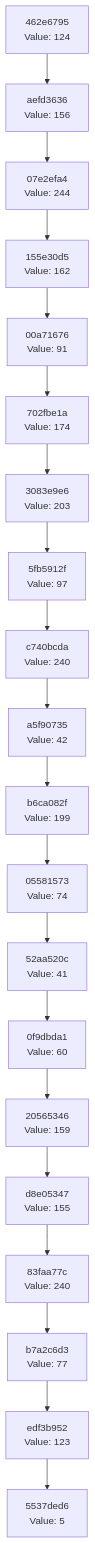
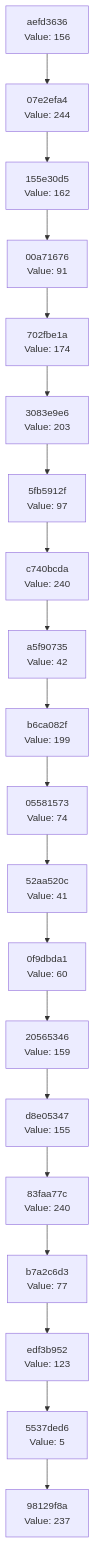
One commit to Abhisheksinha1506/hash-chain-evolver changed the diagram in docs/CHAIN_VISUALIZATION.md. Above: the diagram before and after it, drawn with Mermaid. The commit also changed 2 other files, not shown here.

Commit message:
Evolution step: hash 0xED → action executed

````diff
--- a/docs/CHAIN_VISUALIZATION.md
+++ b/docs/CHAIN_VISUALIZATION.md
@@ -3,42 +3,42 @@
 ```mermaid
 graph TD
-    C0["5537ded6<br/>Value: 5"]
-    C1["edf3b952<br/>Value: 123"]
+    C0["98129f8a<br/>Value: 237"]
+    C1["5537ded6<br/>Value: 5"]
     C1 --> C0
-    C2["b7a2c6d3<br/>Value: 77"]
+    C2["edf3b952<br/>Value: 123"]
     C2 --> C1
-    C3["83faa77c<br/>Value: 240"]
+    C3["b7a2c6d3<br/>Value: 77"]
     C3 --> C2
-    C4["d8e05347<br/>Value: 155"]
+    C4["83faa77c<br/>Value: 240"]
     C4 --> C3
-    C5["20565346<br/>Value: 159"]
+    C5["d8e05347<br/>Value: 155"]
     C5 --> C4
-    C6["0f9dbda1<br/>Value: 60"]
+    C6["20565346<br/>Value: 159"]
     C6 --> C5
-    C7["52aa520c<br/>Value: 41"]
+    C7["0f9dbda1<br/>Value: 60"]
     C7 --> C6
-    C8["05581573<br/>Value: 74"]
+    C8["52aa520c<br/>Value: 41"]
     C8 --> C7
-    C9["b6ca082f<br/>Value: 199"]
+    C9["05581573<br/>Value: 74"]
     C9 --> C8
-    C10["a5f90735<br/>Value: 42"]
+    C10["b6ca082f<br/>Value: 199"]
     C10 --> C9
-    C11["c740bcda<br/>Value: 240"]
+    C11["a5f90735<br/>Value: 42"]
     C11 --> C10
-    C12["5fb5912f<br/>Value: 97"]
+    C12["c740bcda<br/>Value: 240"]
     C12 --> C11
-    C13["3083e9e6<br/>Value: 203"]
+    C13["5fb5912f<br/>Value: 97"]
     C13 --> C12
-    C14["702fbe1a<br/>Value: 174"]
+    C14["3083e9e6<br/>Value: 203"]
     C14 --> C13
-    C15["00a71676<br/>Value: 91"]
+    C15["702fbe1a<br/>Value: 174"]
     C15 --> C14
-    C16["155e30d5<br/>Value: 162"]
+    C16["00a71676<br/>Value: 91"]
     C16 --> C15
-    C17["07e2efa4<br/>Value: 244"]
+    C17["155e30d5<br/>Value: 162"]
     C17 --> C16
-    C18["aefd3636<br/>Value: 156"]
+    C18["07e2efa4<br/>Value: 244"]
     C18 --> C17
-    C19["462e6795<br/>Value: 124"]
+    C19["aefd3636<br/>Value: 156"]
     C19 --> C18
 ```
````
